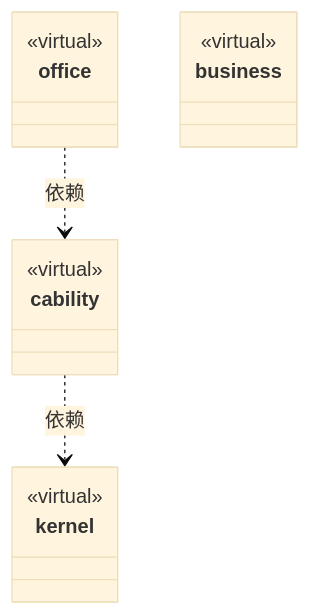
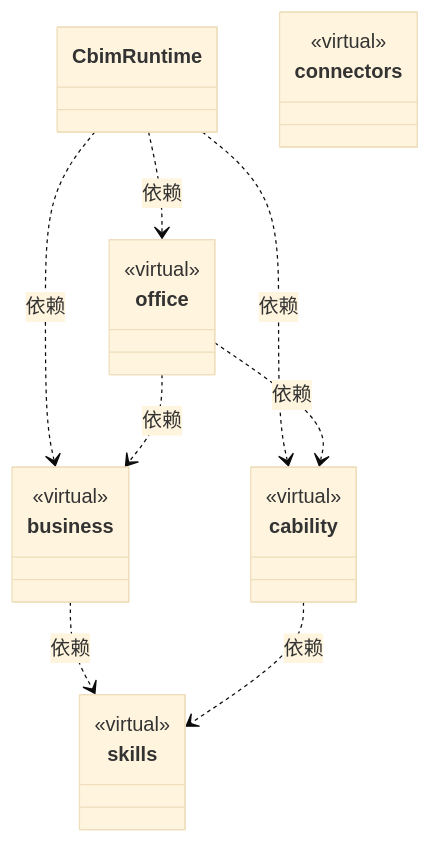
One commit to nan023062/cbim changed the first of 2 diagrams in src/framework/ARCHITECTURE.md. Above: the diagram before and after it, drawn with Mermaid (base theme). The commit also changed other lines of this file and 480 other files, not shown here.

Commit message:
refactor(runtime): organize office instances, extension packages and event-driven monitoring

````diff
--- a/src/framework/ARCHITECTURE.md
+++ b/src/framework/ARCHITECTURE.md
@@ -20,21 +26,32 @@
 ```mermaid
 classDiagram
+class N_4aef7e841596["business"] {
+  <<virtual>>
+}
+click N_4aef7e841596 href "business/ARCHITECTURE.md"
+class N_30804c3bb3bb["CbimRuntime"]
+click N_30804c3bb3bb href "cbim-runtime.ts"
+class N_af1b03806bfb["skills"] {
+  <<virtual>>
+}
+click N_af1b03806bfb href "skills/ARCHITECTURE.md"
+class N_b88f3147f97b["office"] {
+  <<virtual>>
+}
+click N_b88f3147f97b href "office/ARCHITECTURE.md"
 class N_516fccf1524e["cability"] {
   <<virtual>>
 }
 click N_516fccf1524e href "cability/ARCHITECTURE.md"
-class N_20ee62e66639["kernel"] {
+class N_0b7ffb6a70f6["connectors"] {
   <<virtual>>
 }
-click N_20ee62e66639 href "kernel/ARCHITECTURE.md"
-class N_b88f3147f97b["office"] {
-  <<virtual>>
-}
-click N_b88f3147f97b href "office/ARCHITECTURE.md"
-class N_4aef7e841596["business"] {
-  <<virtual>>
-}
-click N_4aef7e841596 href "business/ARCHITECTURE.md"
-N_516fccf1524e ..> N_20ee62e66639 : 依赖
+click N_0b7ffb6a70f6 href "connectors/ARCHITECTURE.md"
+N_30804c3bb3bb ..> N_b88f3147f97b : 依赖
+N_30804c3bb3bb ..> N_4aef7e841596 : 依赖
+N_30804c3bb3bb ..> N_516fccf1524e : 依赖
+N_4aef7e841596 ..> N_af1b03806bfb : 依赖
+N_516fccf1524e ..> N_af1b03806bfb : 依赖
+N_b88f3147f97b ..> N_4aef7e841596 : 依赖
 N_b88f3147f97b ..> N_516fccf1524e : 依赖
 ```
````
